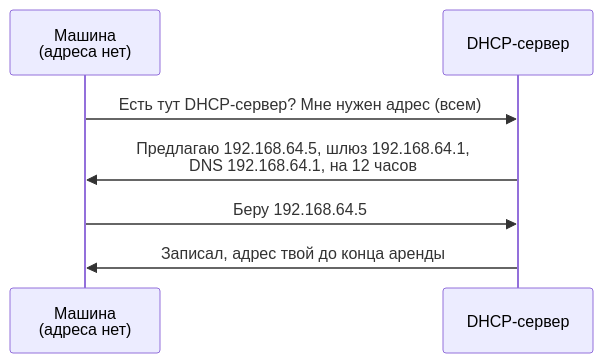
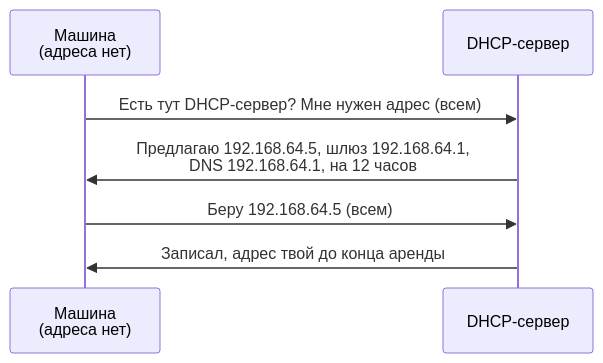
Before and after one commit to distinguished-sre/learning: the third of 4 diagrams in devops/02-network/01-addresses-routes.md, drawn with Mermaid. The commit also changed other lines of this file and 346 other files, not shown here.

````diff
--- a/devops/02-network/01-addresses-routes.md
+++ b/devops/02-network/01-addresses-routes.md
@@ -411,9 +424,9 @@
 ```mermaid
 sequenceDiagram
     participant M as Машина<br>(адреса нет)
     participant S as DHCP-сервер
     M->>S: Есть тут DHCP-сервер? Мне нужен адрес (всем)
     S->>M: Предлагаю 192.168.64.5, шлюз 192.168.64.1,<br>DNS 192.168.64.1, на 12 часов
-    M->>S: Беру 192.168.64.5
+    M->>S: Беру 192.168.64.5 (всем)
     S->>M: Записал, адрес твой до конца аренды
 ```
````
